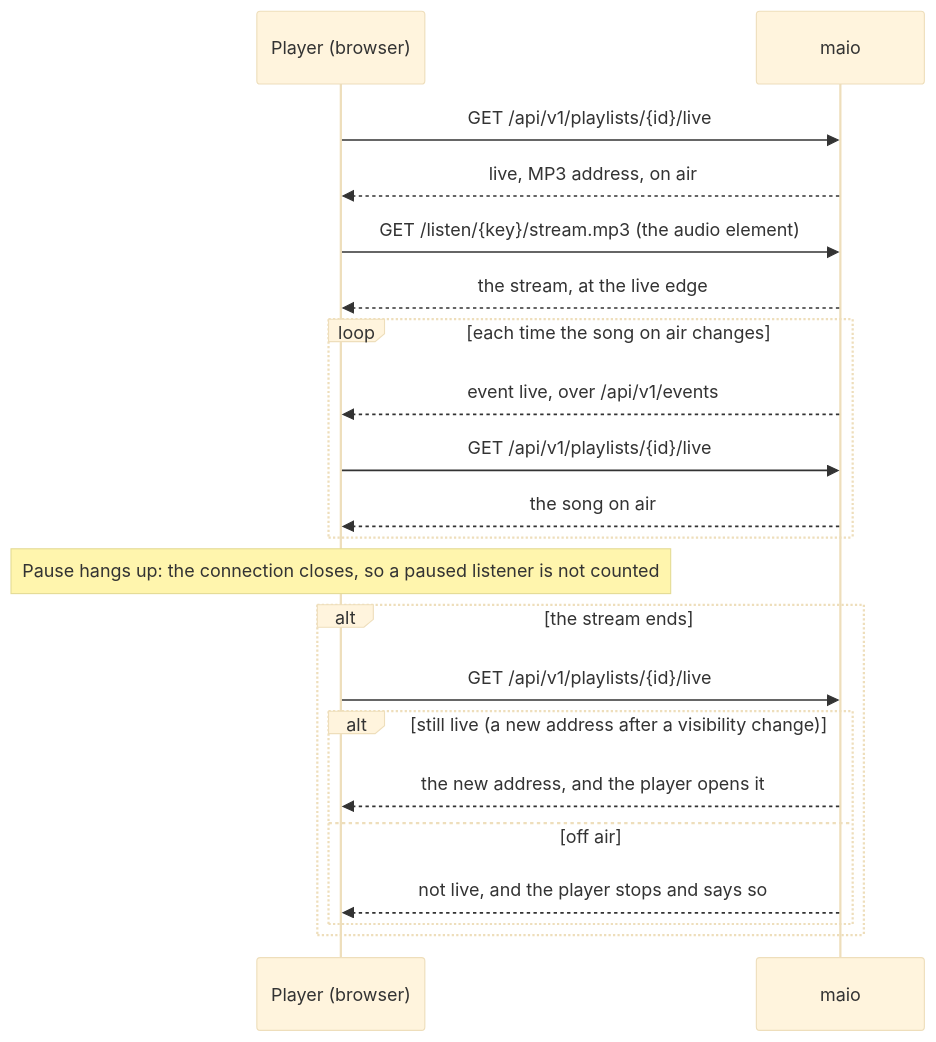
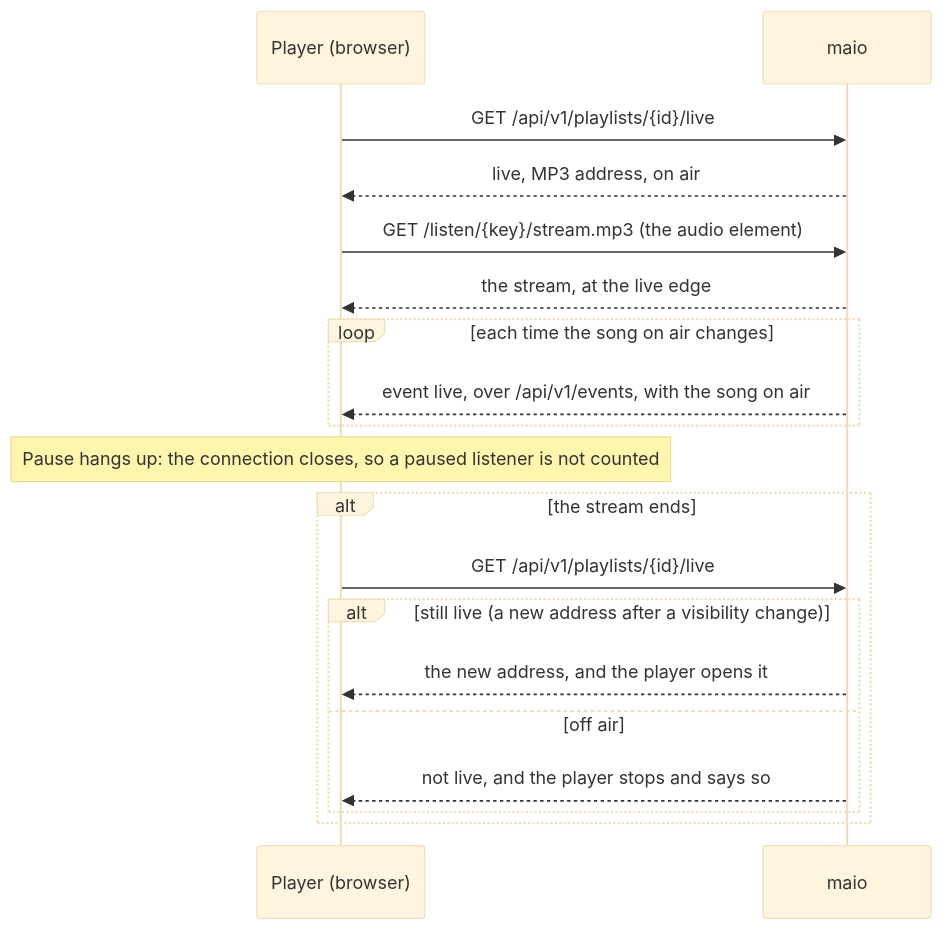
The fourth of 5 diagrams in docs/architecture/06-runtime-view.md (fulgas/maio), drawn with Mermaid (base theme) before and after one commit. The commit also changed other lines of this file and 14 other files, not shown here.

````diff
--- a/docs/architecture/06-runtime-view.md
+++ b/docs/architecture/06-runtime-view.md
@@ -97,23 +97,21 @@
 ```mermaid
 sequenceDiagram
     participant P as Player (browser)
     participant E as maio
     P->>E: GET /api/v1/playlists/{id}/live
     E-->>P: live, MP3 address, on air
     P->>E: GET /listen/{key}/stream.mp3 (the audio element)
     E-->>P: the stream, at the live edge
     loop each time the song on air changes
-        E-->>P: event live, over /api/v1/events
-        P->>E: GET /api/v1/playlists/{id}/live
-        E-->>P: the song on air
+        E-->>P: event live, over /api/v1/events, with the song on air
     end
     Note over P: Pause hangs up: the connection closes, so a paused listener is not counted
     alt the stream ends
         P->>E: GET /api/v1/playlists/{id}/live
         alt still live (a new address after a visibility change)
             E-->>P: the new address, and the player opens it
         else off air
             E-->>P: not live, and the player stops and says so
         end
     end
 ```
````
